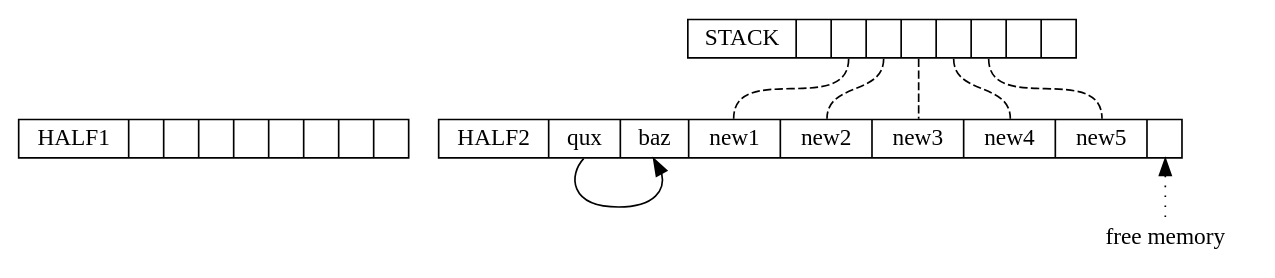
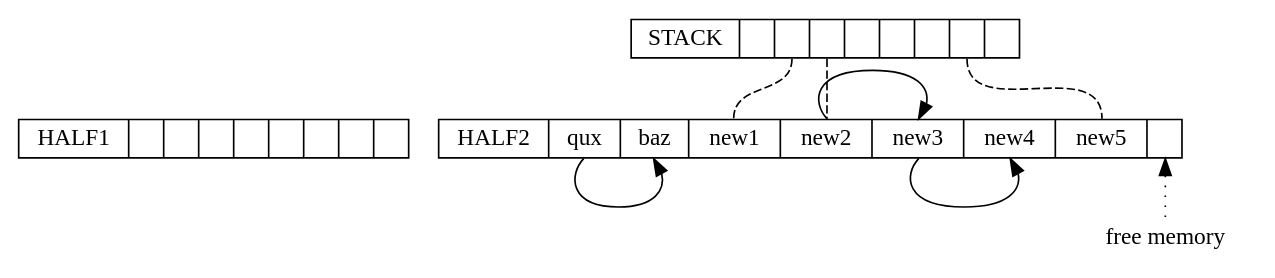
Before and after one commit to com-lihaoyi/mill: the ninth of 13 diagrams in blog/modules/ROOT/pages/6-garbage-collector-perf.adoc, drawn with Graphviz. The commit also changed other lines of this file, not shown here.

````diff
--- a/blog/modules/ROOT/pages/6-garbage-collector-perf.adoc
+++ b/blog/modules/ROOT/pages/6-garbage-collector-perf.adoc
@@ -230,23 +227,23 @@
 ```graphviz
 digraph G {
   
   node [shape=box width=0 height=0 style=filled fillcolor=white]
   {rank=same; heap1; heap2}
   heap2 [shape=record label="HALF2 | <f0> qux | <f1> baz | <f2> new1 | <f3> new2 | <f4> new3 | <f5> new4 | <f6> new5 | <f7>"]
 
   heap1 [shape=record label="HALF1 | <f0> | <f1> | <f2> | <f3> | <f4> | <f5> | <f6> | <f7> "]
   heap2:f0:s -> heap2:f1:s
   alloc [label = "free memory", shape=plaintext]
   heap2:f7:s -> alloc:n [dir=back, style=dotted]
+  heap2:f3:n -> heap2:f4:n
+  heap2:f4:s -> heap2:f5:s
   stack [shape=record label="STACK | <f0> | <f1> | <f2> | <f3> | <f4> | <f5> | <f6> | <f7> "]
   stack [shape=record label="STACK | <f0> | <f1> | <f2> | <f3> | <f4> | <f5> | <f6> | <f7> "]
 
   stack:f1 -> heap2:f2 [dir=none, style=dashed]
   stack:f2 -> heap2:f3 [dir=none, style=dashed]
-  stack:f3 -> heap2:f4 [dir=none, style=dashed]
-  stack:f4 -> heap2:f5 [dir=none, style=dashed]
-  stack:f5 -> heap2:f6 [dir=none, style=dashed]
+  stack:f6 -> heap2:f6 [dir=none, style=dashed]
 
 
 }
 ```
````
